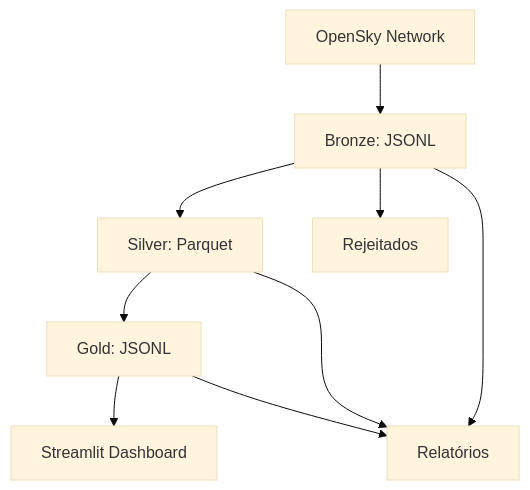
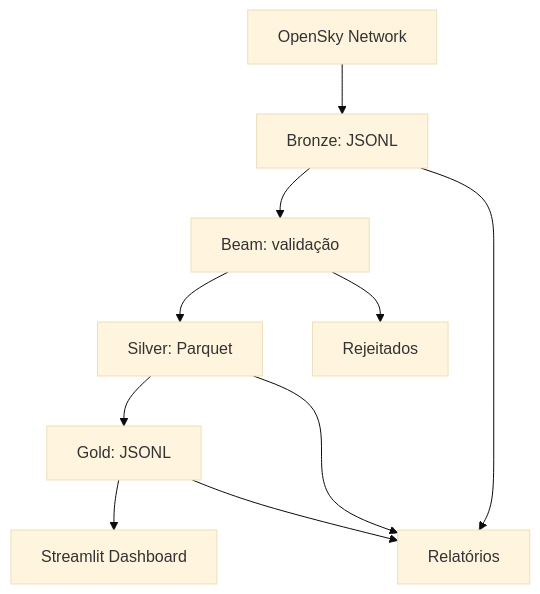
One commit to Lal3x/air-traffic-medallion-pipeline changed the diagram in docs/overview.md. Above: the diagram before and after it, drawn with Mermaid (base theme). The commit also changed other lines of this file and 15 other files, not shown here.

````diff
--- a/docs/overview.md
+++ b/docs/overview.md
@@ -25,11 +25,12 @@
 ```mermaid
 flowchart TD
     API[OpenSky Network] --> BRONZE[Bronze: JSONL]
-    BRONZE --> SILVER[Silver: Parquet]
+    BRONZE --> VALIDATE[Beam: validação]
+    VALIDATE --> SILVER[Silver: Parquet]
     SILVER --> GOLD[Gold: JSONL]
     GOLD --> DASH[Streamlit Dashboard]
-    BRONZE --> REJECTED[Rejeitados]
+    VALIDATE --> REJECTED[Rejeitados]
     BRONZE --> REPORTS[Relatórios]
     SILVER --> REPORTS
     GOLD --> REPORTS
 ```
````
